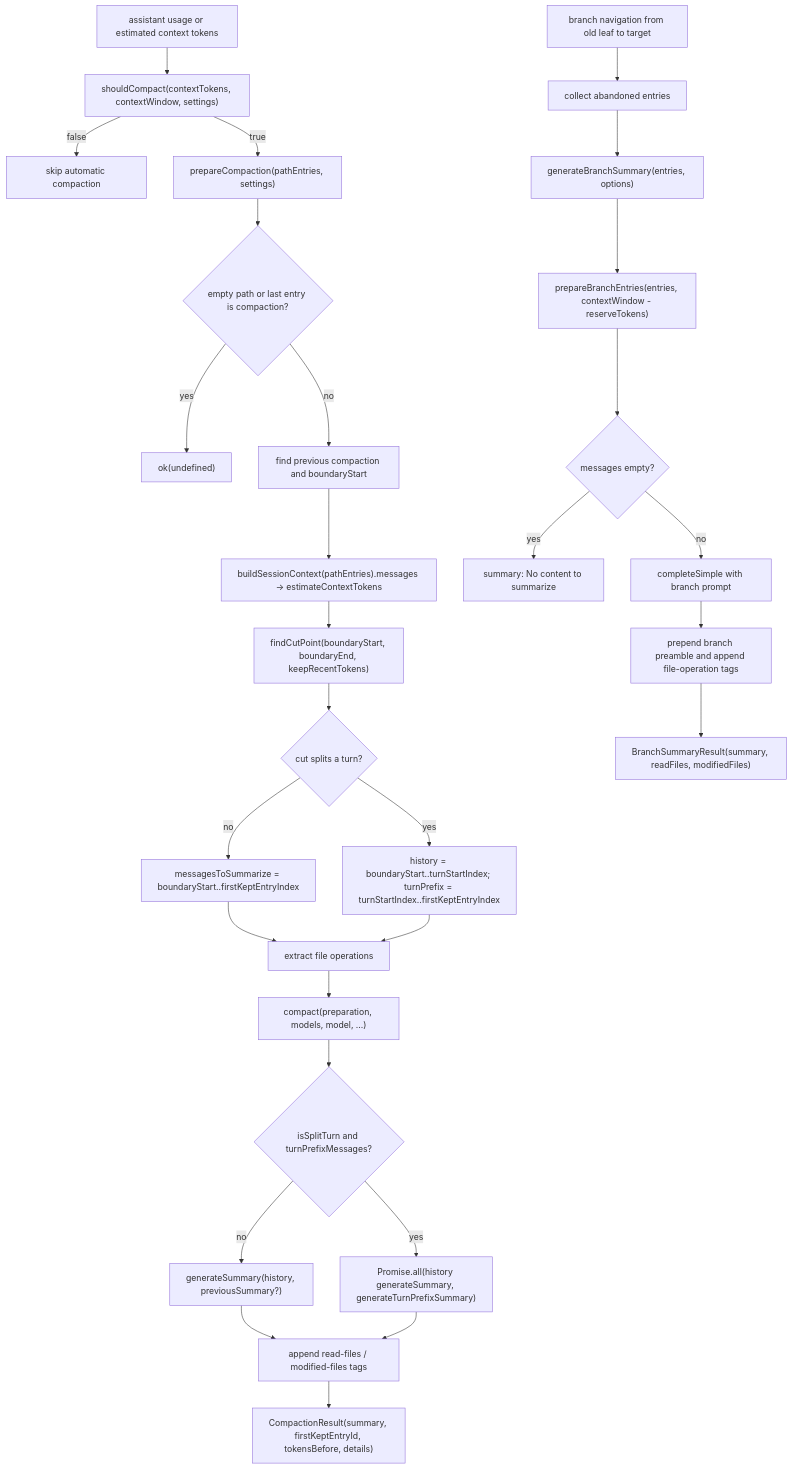
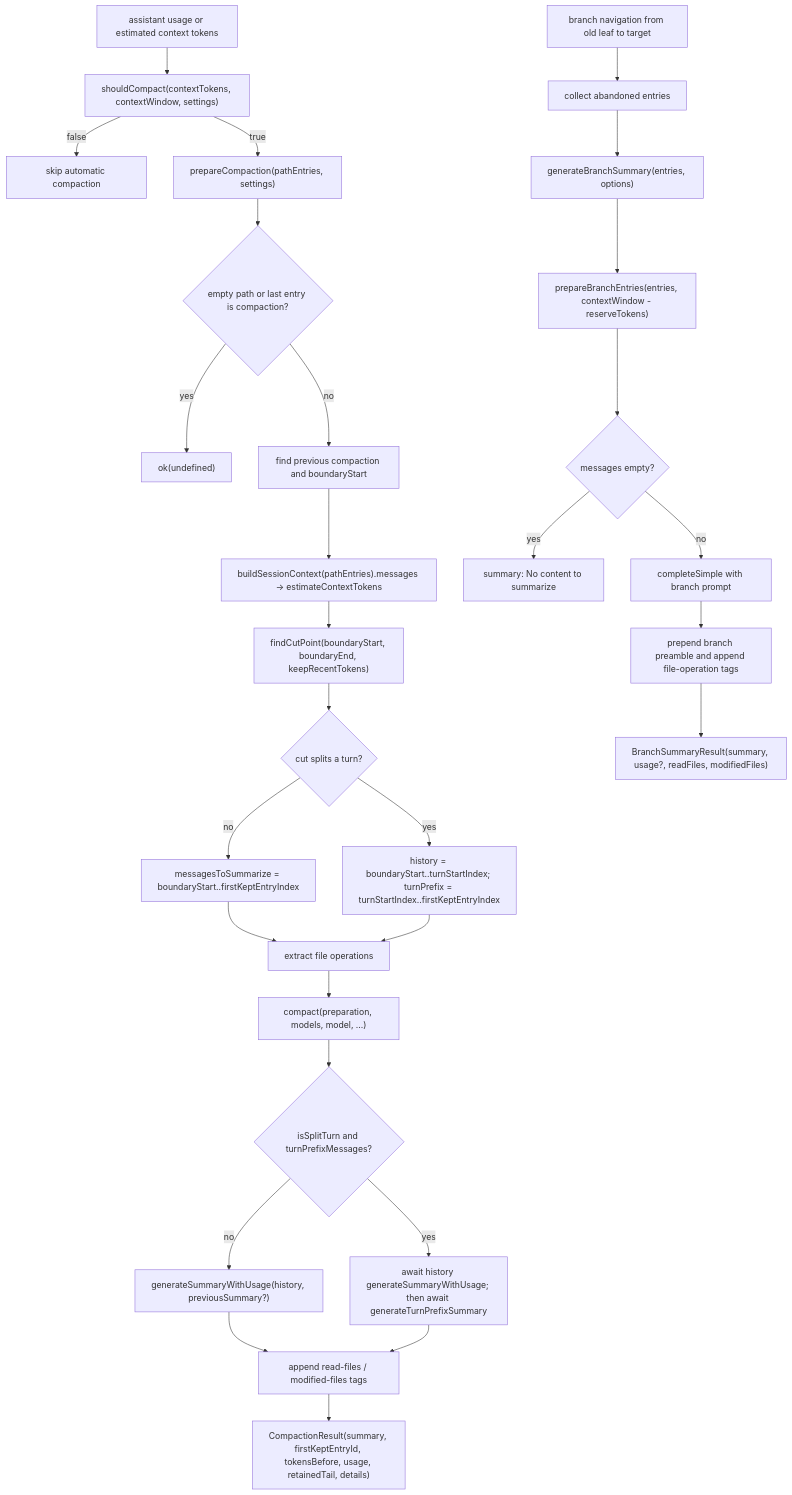
The diagram in docs/llm-wiki/pi/spine/compaction-flow.md (wdnmdtonyma/SOTA-Agent-LLM-Wiki), drawn with Mermaid before and after one commit. The commit also changed other lines of this file and 245 other files, not shown here.

````diff
--- a/docs/llm-wiki/pi/spine/compaction-flow.md
+++ b/docs/llm-wiki/pi/spine/compaction-flow.md
@@ -26,32 +27,32 @@
 ```mermaid
 flowchart TD
   Usage["assistant usage or estimated context tokens"] --> Gate["shouldCompact(contextTokens, contextWindow, settings)"]
   Gate -->|false| Noop["skip automatic compaction"]
   Gate -->|true| Prep["prepareCompaction(pathEntries, settings)"]
   Prep --> Empty{"empty path or last entry is compaction?"}
   Empty -->|yes| NoPrep["ok(undefined)"]
   Empty -->|no| Prev["find previous compaction and boundaryStart"]
   Prev --> Estimate["buildSessionContext(pathEntries).messages -> estimateContextTokens"]
   Estimate --> Cut["findCutPoint(boundaryStart, boundaryEnd, keepRecentTokens)"]
   Cut --> Split{"cut splits a turn?"}
   Split -->|no| Hist["messagesToSummarize = boundaryStart..firstKeptEntryIndex"]
   Split -->|yes| HistSplit["history = boundaryStart..turnStartIndex; turnPrefix = turnStartIndex..firstKeptEntryIndex"]
   Hist --> Ops["extract file operations"]
   HistSplit --> Ops
   Ops --> Compact["compact(preparation, models, model, ...)"]
   Compact --> SplitRun{"isSplitTurn and turnPrefixMessages?"}
-  SplitRun -->|no| Gen["generateSummary(history, previousSummary?)"]
-  SplitRun -->|yes| Dual["Promise.all(history generateSummary, generateTurnPrefixSummary)"]
+  SplitRun -->|no| Gen["generateSummaryWithUsage(history, previousSummary?)"]
+  SplitRun -->|yes| Dual["await history generateSummaryWithUsage; then await generateTurnPrefixSummary"]
   Gen --> Files["append read-files / modified-files tags"]
   Dual --> Files
-  Files --> Result["CompactionResult(summary, firstKeptEntryId, tokensBefore, details)"]
+  Files --> Result["CompactionResult(summary, firstKeptEntryId, tokensBefore, usage, retainedTail, details)"]
 
   BranchNav["branch navigation from old leaf to target"] --> Collect["collect abandoned entries"]
   Collect --> BranchGen["generateBranchSummary(entries, options)"]
   BranchGen --> BranchPrep["prepareBranchEntries(entries, contextWindow - reserveTokens)"]
   BranchPrep --> BranchEmpty{"messages empty?"}
   BranchEmpty -->|yes| BranchNoop["summary: No content to summarize"]
   BranchEmpty -->|no| BranchLLM["completeSimple with branch prompt"]
   BranchLLM --> BranchFiles["prepend branch preamble and append file-operation tags"]
-  BranchFiles --> BranchResult["BranchSummaryResult(summary, readFiles, modifiedFiles)"]
+  BranchFiles --> BranchResult["BranchSummaryResult(summary, usage?, readFiles, modifiedFiles)"]
 ```
````
